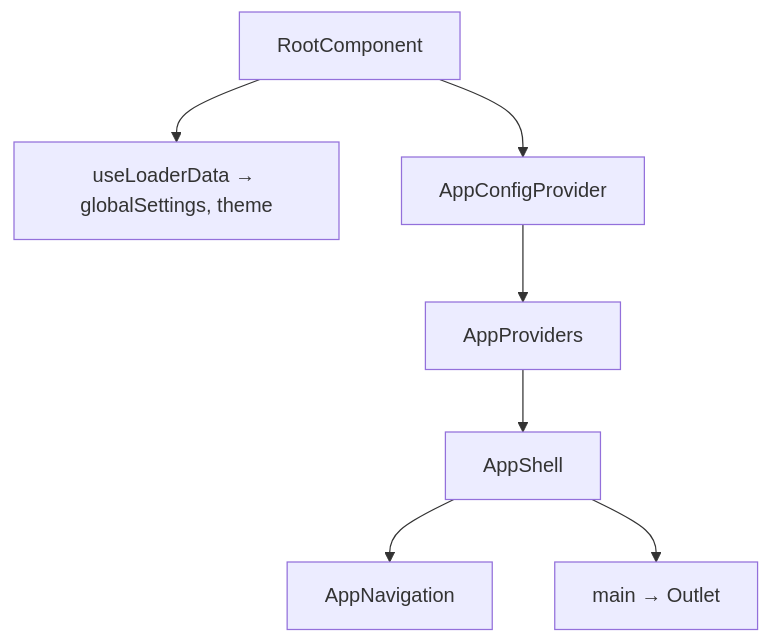
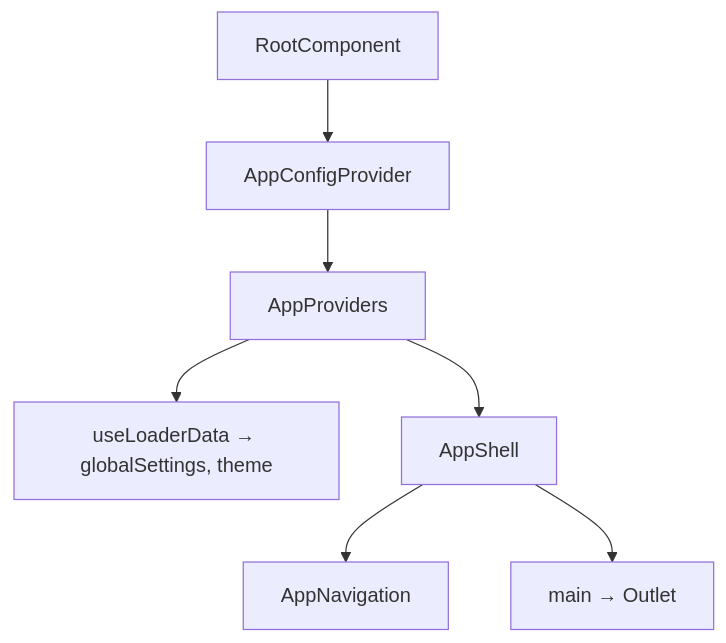
One commit to luciocabrera/lcabrera-stack changed the diagram in packages/ui/src/components/RootComponent/ARCHITECTURE.md. Above: the diagram before and after it, drawn with Mermaid. The commit also changed other lines of this file and 13 other files, not shown here.

First line of the commit message:
refactor(ui)!: let AppProviders read the root loader it is seeded from (#441)

````diff
--- a/packages/ui/src/components/RootComponent/ARCHITECTURE.md
+++ b/packages/ui/src/components/RootComponent/ARCHITECTURE.md
@@ -32,9 +29,9 @@
 ```mermaid
 graph TD
-  Root[RootComponent] --> Loader[useLoaderData → globalSettings, theme]
-  Root --> Config[AppConfigProvider]
+  Root[RootComponent] --> Config[AppConfigProvider]
   Config --> Providers[AppProviders]
+  Providers --> Loader[useLoaderData → globalSettings, theme]
   Providers --> Shell[AppShell]
   Shell --> Nav[AppNavigation]
   Shell --> Outlet["main → Outlet"]
 ```
````
